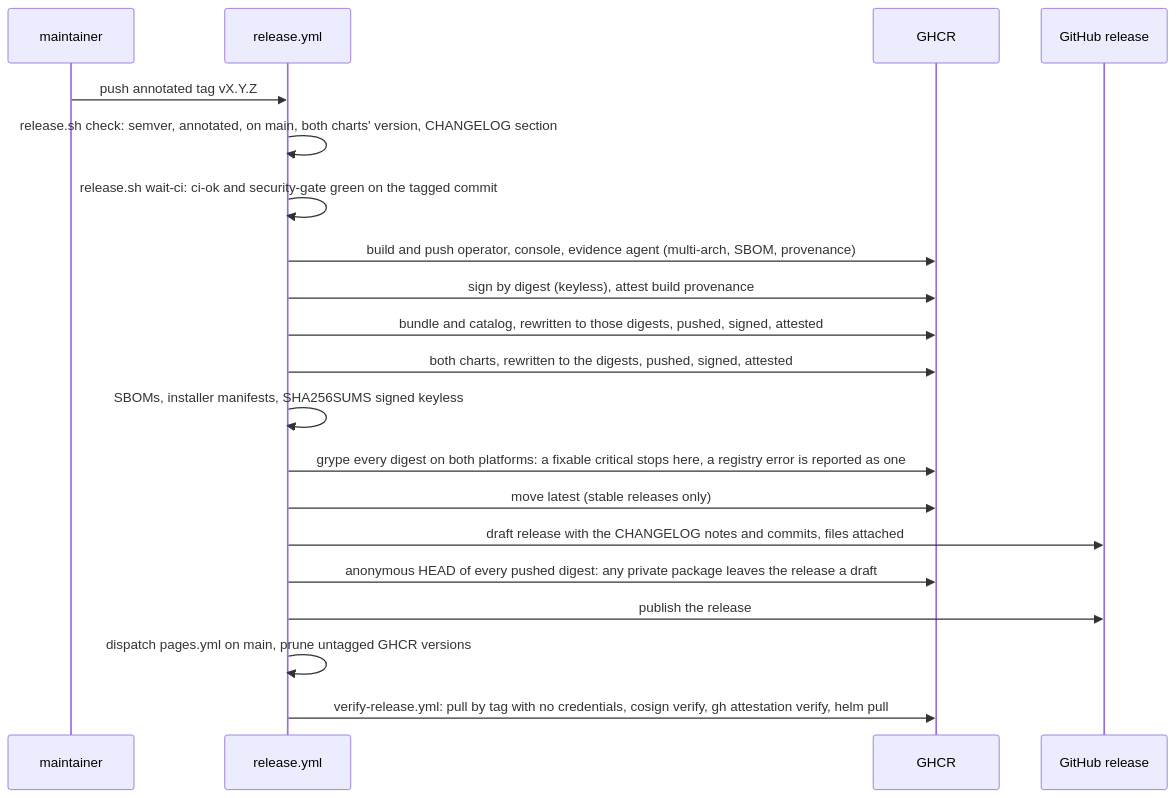
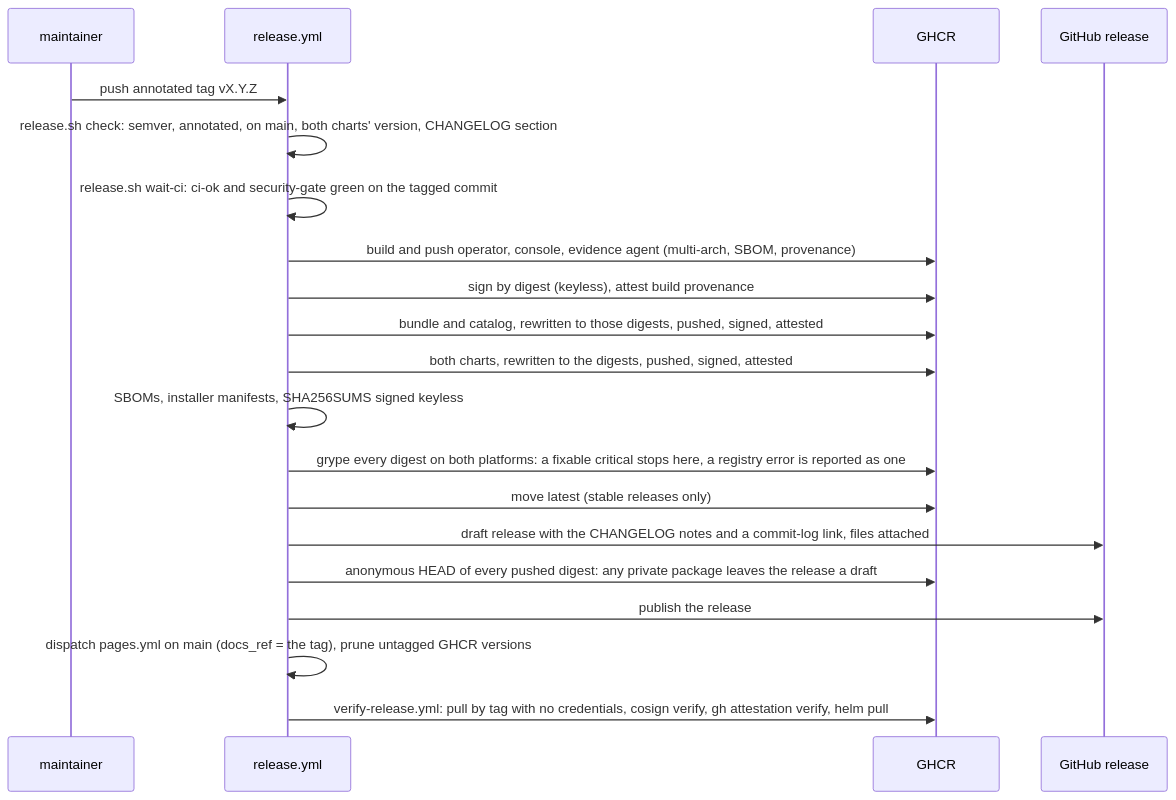
Before and after one commit to fyannk/pgToolBox: the second of 2 diagrams in docs/site/docs/development/ci.md, drawn with Mermaid. The commit also changed other lines of this file and 99 other files, not shown here.

````diff
--- a/docs/site/docs/development/ci.md
+++ b/docs/site/docs/development/ci.md
@@ -195,22 +196,22 @@
 ```mermaid
 sequenceDiagram
   participant M as maintainer
   participant R as release.yml
   participant G as GHCR
   participant H as GitHub release
   M->>R: push annotated tag vX.Y.Z
   R->>R: release.sh check: semver, annotated, on main, both charts' version, CHANGELOG section
   R->>R: release.sh wait-ci: ci-ok and security-gate green on the tagged commit
   R->>G: build and push operator, console, evidence agent (multi-arch, SBOM, provenance)
   R->>G: sign by digest (keyless), attest build provenance
   R->>G: bundle and catalog, rewritten to those digests, pushed, signed, attested
   R->>G: both charts, rewritten to the digests, pushed, signed, attested
   R->>R: SBOMs, installer manifests, SHA256SUMS signed keyless
   R->>G: grype every digest on both platforms: a fixable critical stops here, a registry error is reported as one
   R->>G: move latest (stable releases only)
-  R->>H: draft release with the CHANGELOG notes and commits, files attached
+  R->>H: draft release with the CHANGELOG notes and a commit-log link, files attached
   R->>G: anonymous HEAD of every pushed digest: any private package leaves the release a draft
   R->>H: publish the release
-  R->>R: dispatch pages.yml on main, prune untagged GHCR versions
+  R->>R: dispatch pages.yml on main (docs_ref = the tag), prune untagged GHCR versions
   R->>G: verify-release.yml: pull by tag with no credentials, cosign verify, gh attestation verify, helm pull
 ```
````
